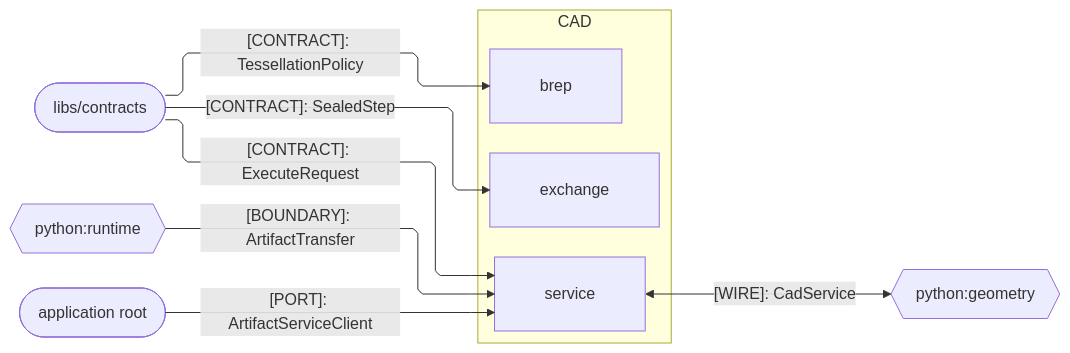
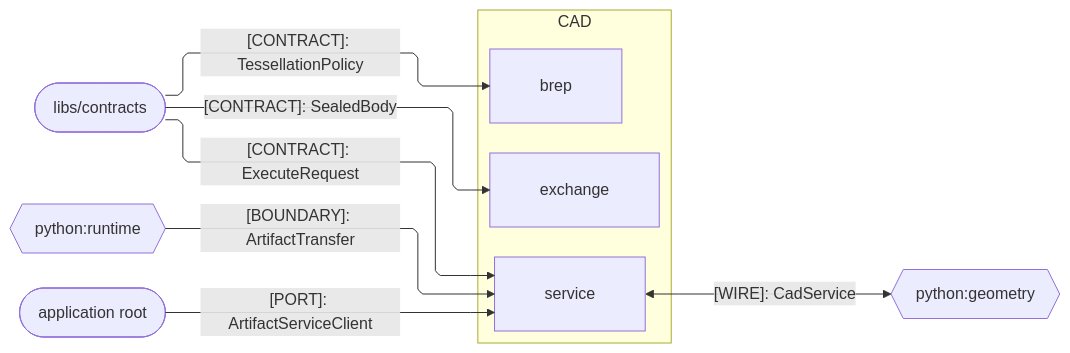
The second of 3 diagrams in libs/python/cad/ARCHITECTURE.md (bsamiee/Rasm), drawn with Mermaid before and after one commit. The commit also changed other lines of this file and 167 other files, not shown here.

````diff
--- a/libs/python/cad/ARCHITECTURE.md
+++ b/libs/python/cad/ARCHITECTURE.md
@@ -101,27 +112,27 @@
 ```mermaid
 ---
 config:
   layout: elk
   flowchart:
     curve: linear
     padding: 25
 ---
 flowchart LR
     accTitle: cad provider seams to its Python branch counterparts
     accDescr: Provider owners meeting the geometry peer over one Connect wire, reading generated vocabulary from the import root and custody from runtime.
     subgraph cad[CAD]
         Service[service]
         Exchange[exchange]
         Brep[brep]
     end
     Geometry{{python:geometry}}
     Contracts([libs/contracts])
     Runtime{{python:runtime}}
     Root([application root])
     Service e1@<-->|"[WIRE]: CadService"| Geometry
     Contracts e2@-->|"[CONTRACT]: ExecuteRequest"| Service
-    Contracts e3@-->|"[CONTRACT]: SealedStep"| Exchange
+    Contracts e3@-->|"[CONTRACT]: SealedBody"| Exchange
     Contracts e4@-->|"[CONTRACT]: TessellationPolicy"| Brep
     Root e5@-->|"[PORT]: ArtifactServiceClient"| Service
     Runtime e6@-->|"[BOUNDARY]: ArtifactTransfer"| Service
 ```
````
